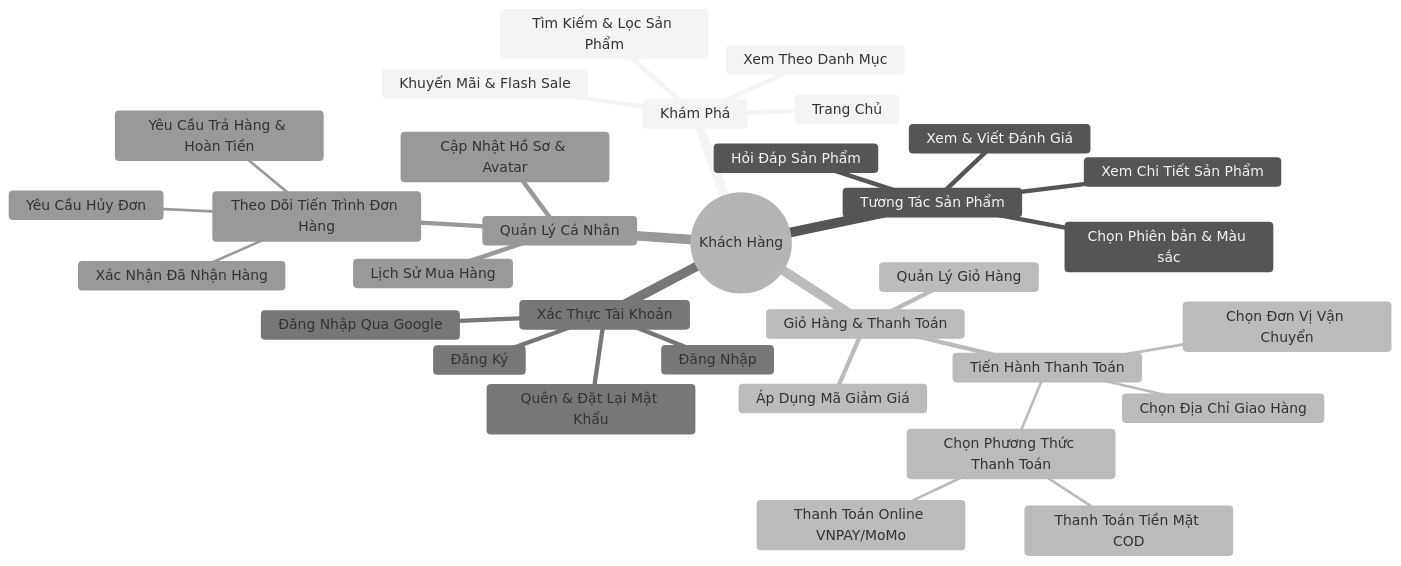
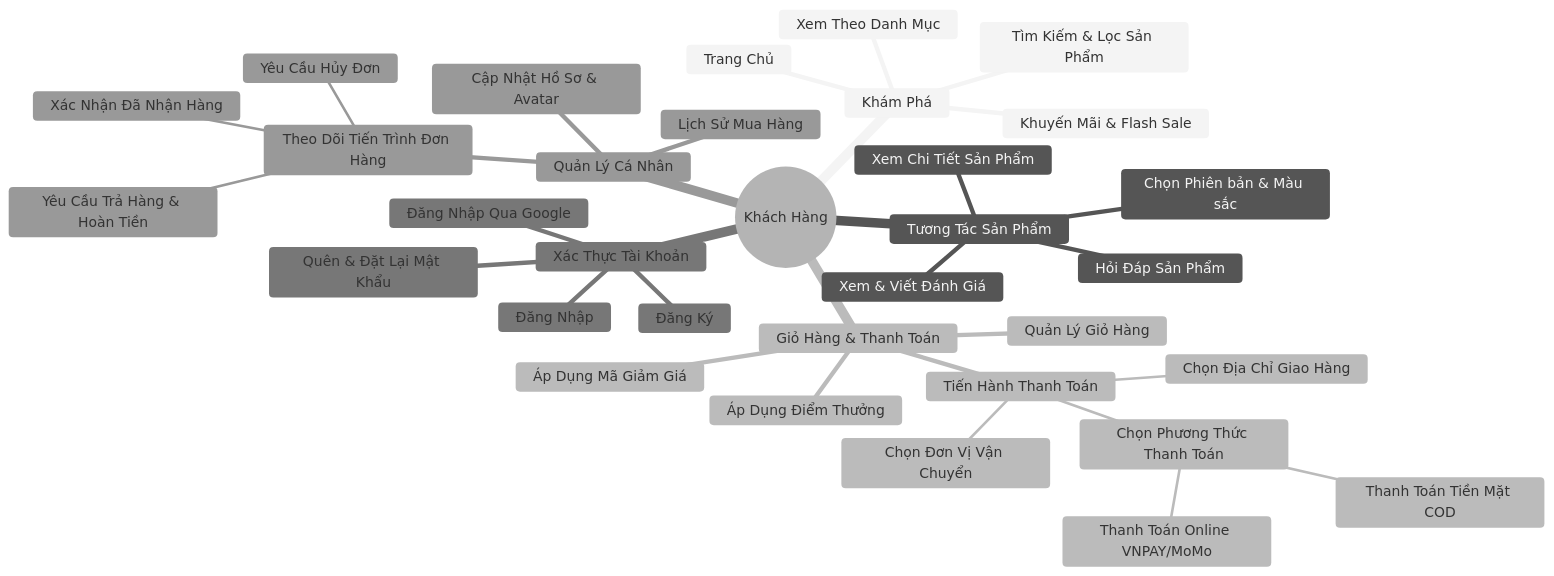
One commit to hoang07042005/E-Tech-Market changed the first of 2 diagrams in USER_FLOWS.md. Above: the diagram before and after it, drawn with Mermaid (neutral theme).

````diff
--- a/USER_FLOWS.md
+++ b/USER_FLOWS.md
@@ -4,35 +4,36 @@
 ```mermaid
 mindmap
   root((Khách Hàng))
     Khám Phá
       Trang Chủ
       Tìm Kiếm & Lọc Sản Phẩm
       Xem Theo Danh Mục
       Khuyến Mãi & Flash Sale
     Tương Tác Sản Phẩm
       Xem Chi Tiết Sản Phẩm
       Chọn Phiên bản & Màu sắc
       Xem & Viết Đánh Giá
       Hỏi Đáp Sản Phẩm
     Giỏ Hàng & Thanh Toán
       Quản Lý Giỏ Hàng
       Áp Dụng Mã Giảm Giá
+      Áp Dụng Điểm Thưởng
       Tiến Hành Thanh Toán
         Chọn Địa Chỉ Giao Hàng
         Chọn Đơn Vị Vận Chuyển
         Chọn Phương Thức Thanh Toán
           Thanh Toán Tiền Mặt COD
           Thanh Toán Online VNPAY/MoMo
     Xác Thực Tài Khoản
       Đăng Nhập
       Đăng Nhập Qua Google
       Đăng Ký
       Quên & Đặt Lại Mật Khẩu
     Quản Lý Cá Nhân
       Cập Nhật Hồ Sơ & Avatar
       Lịch Sử Mua Hàng
       Theo Dõi Tiến Trình Đơn Hàng
         Yêu Cầu Hủy Đơn
         Xác Nhận Đã Nhận Hàng
         Yêu Cầu Trả Hàng & Hoàn Tiền
 ```
````
